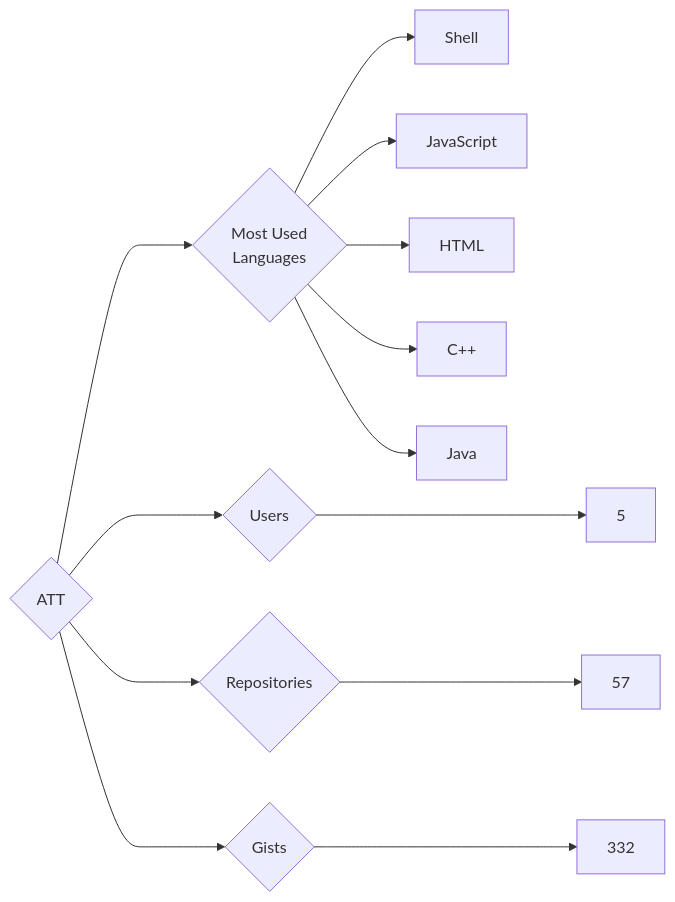
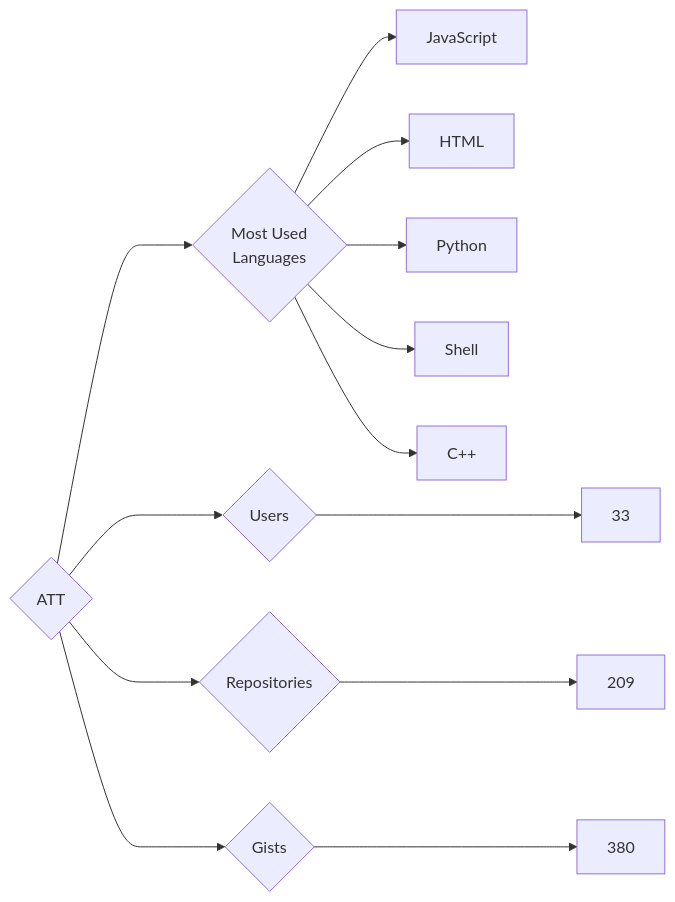
One commit to trickest/insiders changed the diagram in targets/ATT/README.md. Above: the diagram before and after it, drawn with Mermaid. The commit also changed 930 other files, not shown here.

````diff
--- a/targets/ATT/README.md
+++ b/targets/ATT/README.md
@@ -3,13 +3,13 @@
 ```mermaid
 graph LR
 COMPANY_NAME{ATT}
-COMPANY_NAME ---> U{Users} ---> UN[5]
-COMPANY_NAME ---> R{Repositories} ---> RN[57]
-COMPANY_NAME ---> G{Gists} ---> GN[332]
+COMPANY_NAME ---> U{Users} ---> UN[33]
+COMPANY_NAME ---> R{Repositories} ---> RN[209]
+COMPANY_NAME ---> G{Gists} ---> GN[380]
 COMPANY_NAME ---> ML{Most Used<br>Languages}
-ML --> Shell[Shell]
 ML --> JavaScript[JavaScript]
 ML --> HTML[HTML]
+ML --> Python[Python]
+ML --> Shell[Shell]
 ML --> C++[C++]
-ML --> Java[Java]
 ```
````
